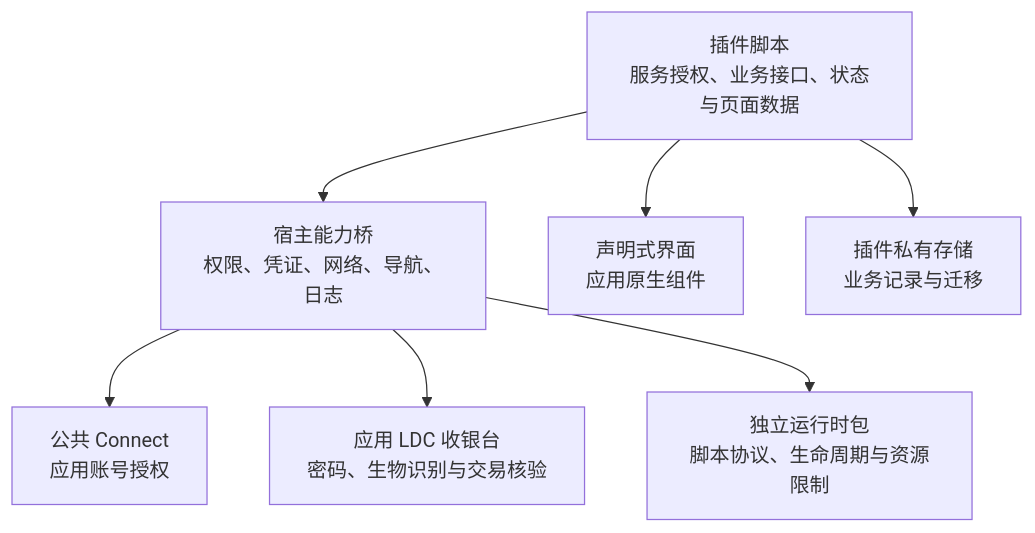
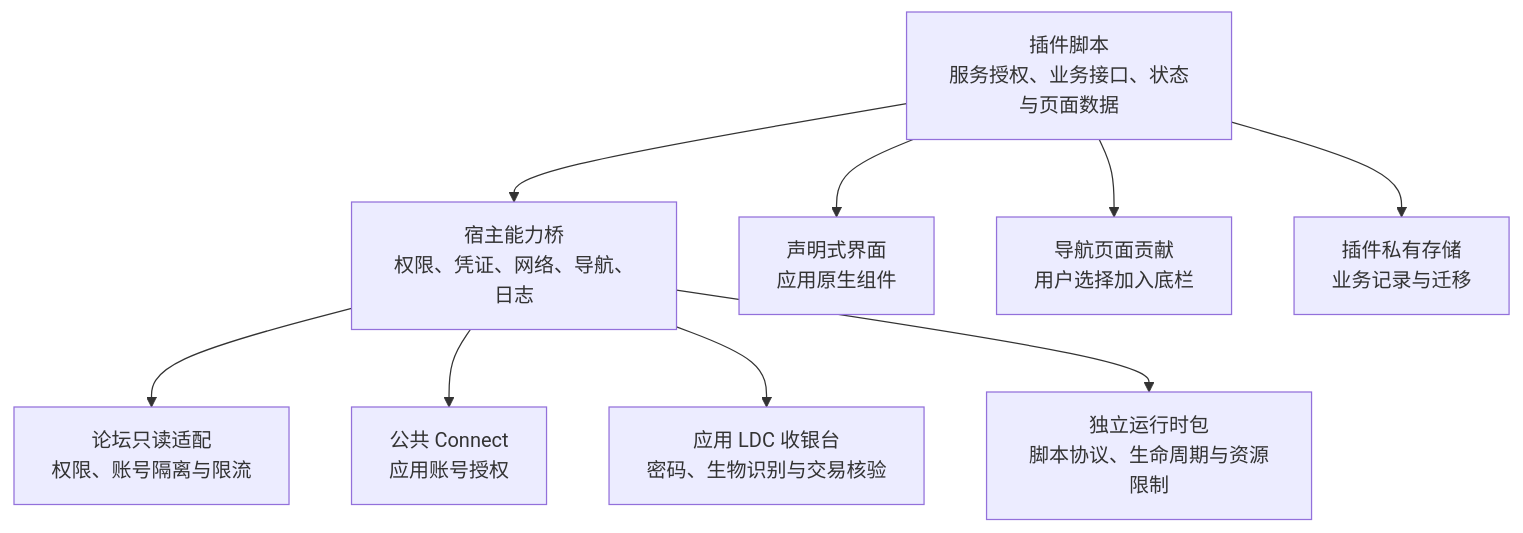
Before and after one commit to Lingyan000/fluxdo: the diagram in docs/metaverse-plugin.md, drawn with Mermaid. The commit also changed other lines of this file and 44 other files, not shown here.

````diff
--- a/docs/metaverse-plugin.md
+++ b/docs/metaverse-plugin.md
@@ -7,9 +7,11 @@
 ```mermaid
 flowchart TD
   P[插件脚本<br/>服务授权、业务接口、状态与页面数据] --> B[宿主能力桥<br/>权限、凭证、网络、导航、日志]
   P --> U[声明式界面<br/>应用原生组件]
+  P --> N[导航页面贡献<br/>用户选择加入底栏]
+  B --> F[论坛只读适配<br/>权限、账号隔离与限流]
   B --> C[公共 Connect<br/>应用账号授权]
   B --> L[应用 LDC 收银台<br/>密码、生物识别与交易核验]
   P --> S[插件私有存储<br/>业务记录与迁移]
   B --> R[独立运行时包<br/>脚本协议、生命周期与资源限制]
 ```
````
